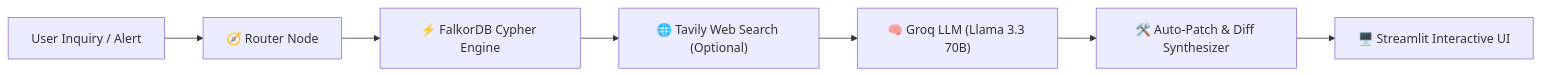
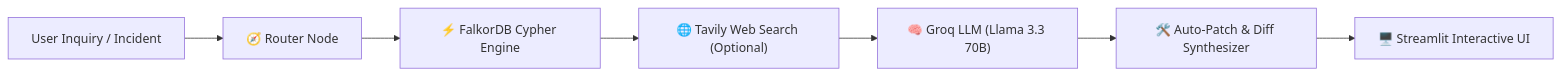
The second of 2 diagrams in README.md (Sandeep-singh-99/docudrift), drawn with Mermaid before and after one commit. The commit also changed other lines of this file, not shown here.

````diff
--- a/README.md
+++ b/README.md
@@ -132,9 +79,9 @@
 ```mermaid
 flowchart LR
-    UserQuery["User Inquiry / Alert"] --> Router["🧭 Router Node"]
+    UserQuery["User Inquiry / Incident"] --> Router["🧭 Router Node"]
     Router --> CypherNode["⚡ FalkorDB Cypher Engine"]
     CypherNode --> TavilyNode["🌐 Tavily Web Search (Optional)"]
     TavilyNode --> GroqNode["🧠 Groq LLM (Llama 3.3 70B)"]
     GroqNode --> PatchGen["🛠️ Auto-Patch & Diff Synthesizer"]
     PatchGen --> UI["🖥️ Streamlit Interactive UI"]
 ```
````
